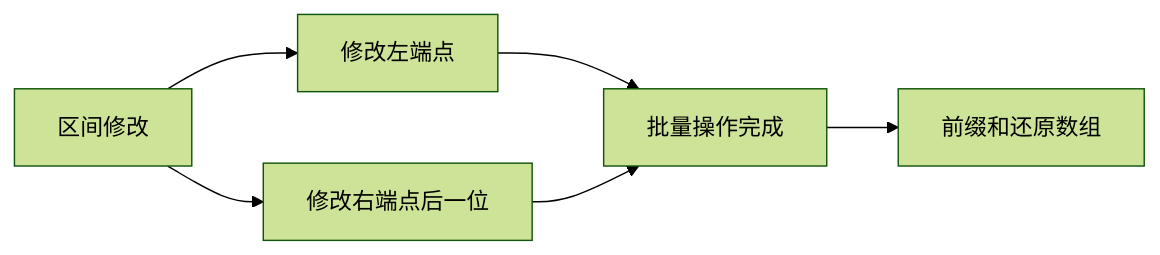
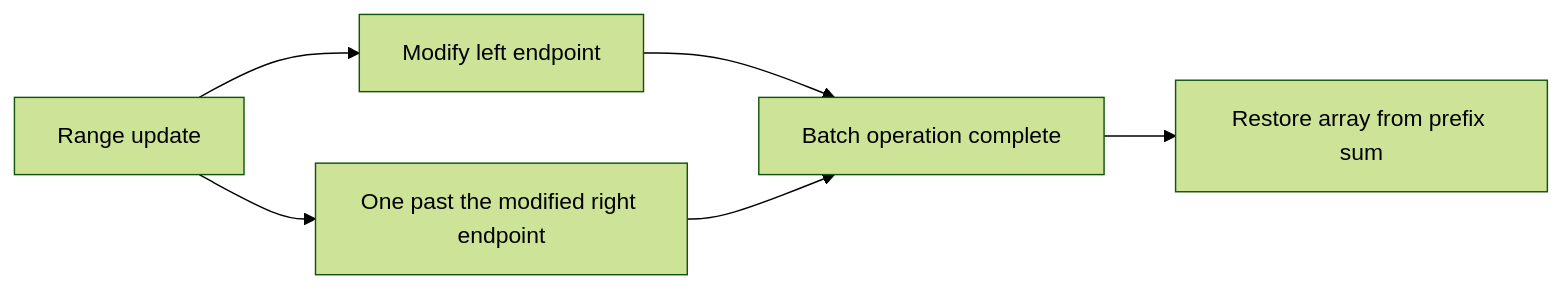
One commit to HONGLEI111/hhlblog-global changed the first of 2 diagrams in src/content/technology/difference-array.md. Above: the diagram before and after it, drawn with Mermaid (forest theme). The commit also changed other lines of this file and 33 other files, not shown here.

First line of the commit message:
content(code): 翻译 mermaid 图节点标签（34 文件 / 267 处）

````diff
--- a/src/content/technology/difference-array.md
+++ b/src/content/technology/difference-array.md
@@ -53,8 +53,8 @@
 ```mermaid
 graph LR
-    A[区间修改] --> B[修改左端点]
-    A --> C[修改右端点后一位]
-    B --> D[批量操作完成]
+    A[Range update] --> B[Modify left endpoint]
+    A --> C[One past the modified right endpoint]
+    B --> D[Batch operation complete]
     C --> D
-    D --> E[前缀和还原数组]
+    D --> E[Restore array from prefix sum]
 ```
````
